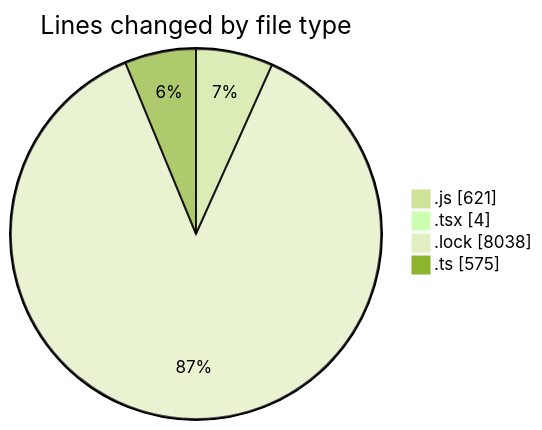
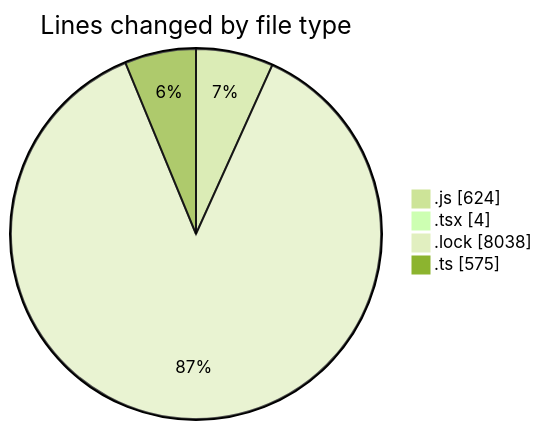
One commit to momahboobian/code-tracking changed the first of 2 diagrams in 2025-03-11/cda/README.md. Above: the diagram before and after it, drawn with Mermaid (forest theme). The commit also changed other lines of this file and 1 other file, not shown here.

````diff
--- a/2025-03-11/cda/README.md
+++ b/2025-03-11/cda/README.md
@@ -34,8 +34,8 @@
 ```mermaid
 pie showData
 title Lines changed by file type
-".js" : 621
+".js" : 624
 ".tsx" : 4
 ".lock" : 8038
 ".ts" : 575
 ```
````
